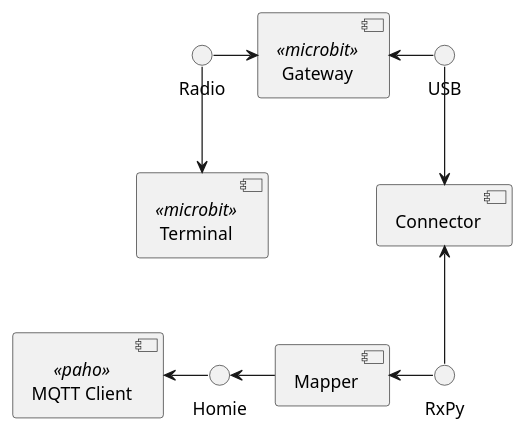
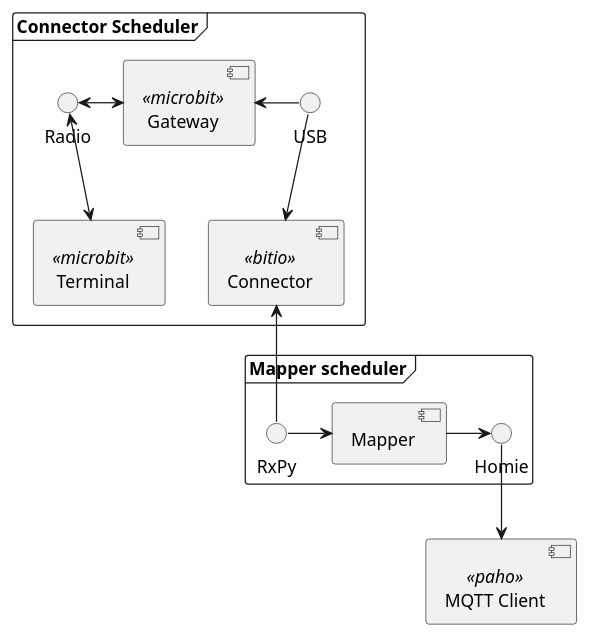
The diagram in docs/plantuml/sequence-diagrams/gateway-components.puml (bcopy/microsquad), drawn with PlantUML before and after one commit.

Commit message:
Add scheduler frames

```diff
--- a/docs/plantuml/sequence-diagrams/gateway-components.puml
+++ b/docs/plantuml/sequence-diagrams/gateway-components.puml
@@ -1,16 +1,22 @@
 @startuml
 
-[Mapper] 
-[Connector]
-[Gateway] <<microbit>>
-[Terminal] <<microbit>>
+frame "Connector Scheduler"{
+    [Connector] <<bitio>>
+    [Gateway] <<microbit>>
+    [Terminal] <<microbit>>
+    USB -left-> Gateway
+    USB --> Connector
+    Radio <-> Gateway
+    Radio <--> Terminal
+}
 [MQTT Client] <<paho>> as mqtt
-Radio -> Gateway
-Radio --> Terminal
-USB -left-> Gateway
-USB --> Connector
-RxPy -left-> Mapper
-RxPy -up-> Connector
-Homie <- Mapper
-Homie -left-> mqtt
+
+frame "Mapper scheduler"{
+    [Mapper] 
+    RxPy -right-> Mapper
+    RxPy -up-> Connector
+Mapper -> Homie
+}
+Homie --> mqtt
+
 @enduml
```
